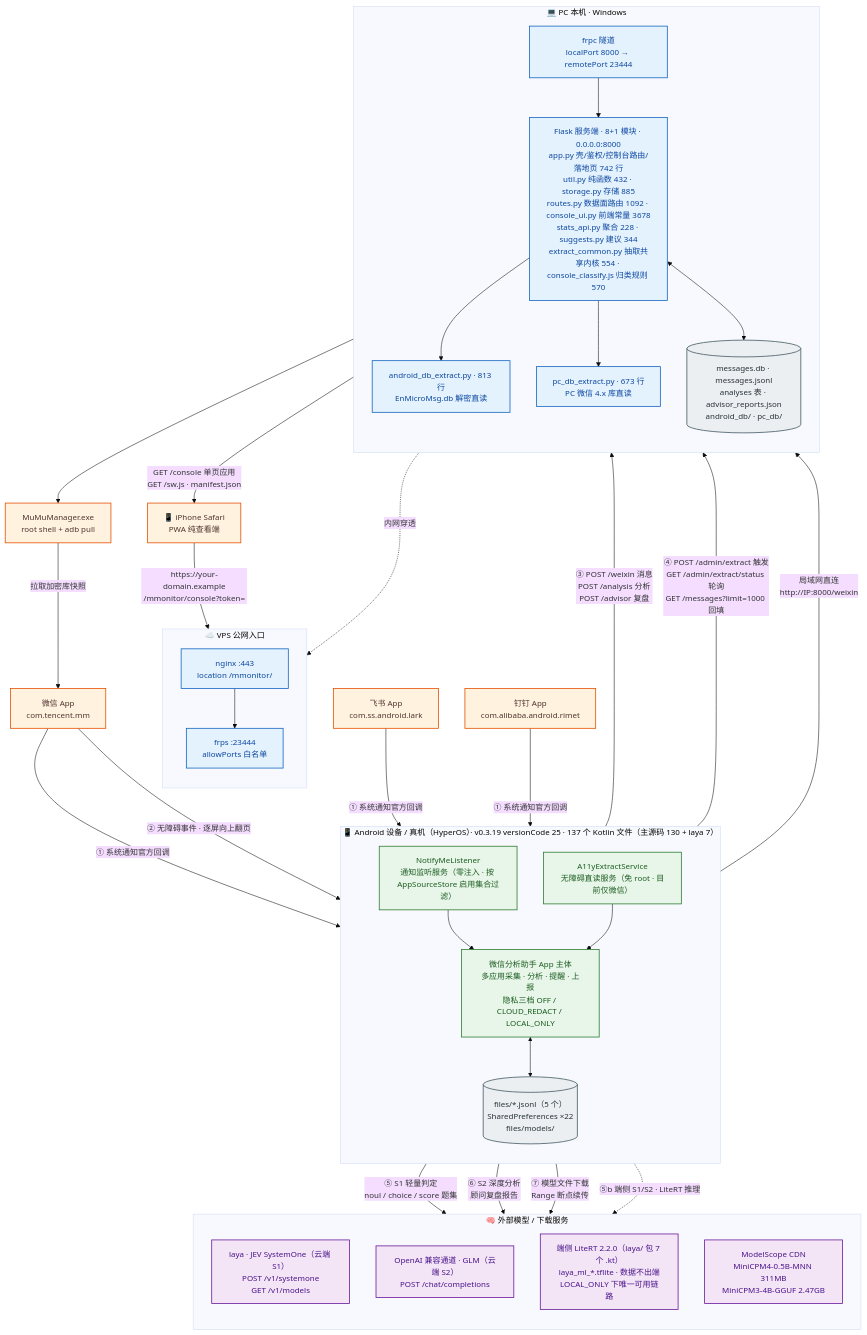
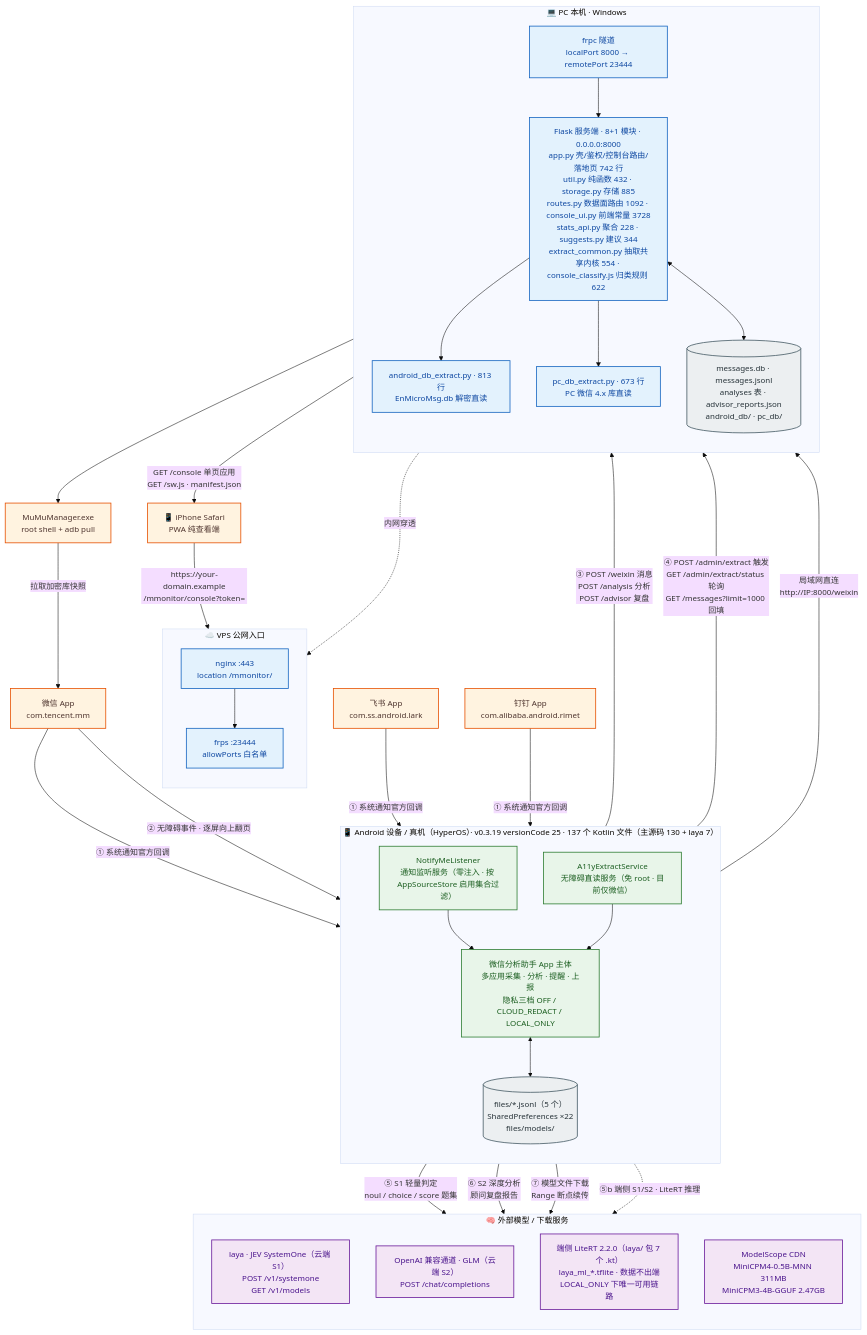
One commit to solidjoker/notifyme changed the diagram in docs/architecture/diagrams/01-system-context.mmd. Above: the diagram before and after it, drawn with Mermaid. The commit also changed 14 other files, not shown here.

```diff
--- a/docs/architecture/diagrams/01-system-context.mmd
+++ b/docs/architecture/diagrams/01-system-context.mmd
@@ -1,70 +1,70 @@
 %%{init: {'theme':'base','themeVariables':{'fontSize':'15px','fontFamily':'Microsoft YaHei, PingFang SC, sans-serif'},'flowchart':{'htmlLabels':true,'curve':'basis'}}}%%
 flowchart TB
     classDef ext  fill:#fff3e0,stroke:#e65100,stroke-width:1.5px,color:#4e342e
     classDef app  fill:#e8f5e9,stroke:#2e7d32,stroke-width:1.5px,color:#1b5e20
     classDef srv  fill:#e3f2fd,stroke:#1565c0,stroke-width:1.5px,color:#0d47a1
     classDef llm  fill:#f3e5f5,stroke:#6a1b9a,stroke-width:1.5px,color:#4a148c
     classDef store fill:#eceff1,stroke:#455a64,stroke-width:1.5px,color:#263238
 
     WX["微信 App<br/>com.tencent.mm"]:::ext
     FS["飞书 App<br/>com.ss.android.lark"]:::ext
     DT["钉钉 App<br/>com.alibaba.android.rimet"]:::ext
 
     subgraph DEV["📱 Android 设备 / 真机（HyperOS）· v0.3.19 versionCode 25 · 137 个 Kotlin 文件（主源码 130 + laya 7）"]
         direction TB
         NL["NotifyMeListener<br/>通知监听服务（零注入 · 按 AppSourceStore 启用集合过滤）"]:::app
         A11Y["A11yExtractService<br/>无障碍直读服务（免 root · 目前仅微信）"]:::app
         CORE["微信分析助手 App 主体<br/>多应用采集 · 分析 · 提醒 · 上报<br/>隐私三档 OFF / CLOUD_REDACT / LOCAL_ONLY"]:::app
         STORE[("files/*.jsonl（5 个）<br/>SharedPreferences ×22<br/>files/models/")]:::store
         NL --> CORE
         A11Y --> CORE
         CORE <--> STORE
     end
 
     subgraph HOST["💻 PC 本机 · Windows"]
         direction TB
-        FLASK["Flask 服务端 · 8+1 模块 · 0.0.0.0:8000<br/>app.py 壳/鉴权/控制台路由/落地页 742 行<br/>util.py 纯函数 432 · storage.py 存储 885<br/>routes.py 数据面路由 1092 · console_ui.py 前端常量 3678<br/>stats_api.py 聚合 228 · suggests.py 建议 344<br/>extract_common.py 抽取共享内核 554 · console_classify.js 归类规则 570"]:::srv
+        FLASK["Flask 服务端 · 8+1 模块 · 0.0.0.0:8000<br/>app.py 壳/鉴权/控制台路由/落地页 742 行<br/>util.py 纯函数 432 · storage.py 存储 885<br/>routes.py 数据面路由 1092 · console_ui.py 前端常量 3728<br/>stats_api.py 聚合 228 · suggests.py 建议 344<br/>extract_common.py 抽取共享内核 554 · console_classify.js 归类规则 622"]:::srv
         ADBEX["android_db_extract.py · 813 行<br/>EnMicroMsg.db 解密直读"]:::srv
         PCEX["pc_db_extract.py · 673 行<br/>PC 微信 4.x 库直读"]:::srv
         DB[("messages.db · messages.jsonl<br/>analyses 表 · advisor_reports.json<br/>android_db/ · pc_db/")]:::store
         FRPC["frpc 隧道<br/>localPort 8000 → remotePort 23444"]:::srv
         FLASK --> ADBEX
         FLASK --> PCEX
         FLASK <--> DB
         FRPC --> FLASK
     end
 
     subgraph VPS["☁️ VPS 公网入口"]
         direction TB
         NGINX["nginx :443<br/>location /mmonitor/"]:::srv
         FRPS["frps :23444<br/>allowPorts 白名单"]:::srv
         NGINX --> FRPS
     end
 
     subgraph AI["🧠 外部模型 / 下载服务"]
         direction TB
         LAYA["laya · JEV SystemOne（云端 S1）<br/>POST /v1/systemone<br/>GET /v1/models"]:::llm
         GLM["OpenAI 兼容通道 · GLM（云端 S2）<br/>POST /chat/completions"]:::llm
         LITE["端侧 LiteRT 2.2.0（laya/ 包 7 个 .kt）<br/>laya_ml_*.tflite · 数据不出端<br/>LOCAL_ONLY 下唯一可用链路"]:::llm
         MS["ModelScope CDN<br/>MiniCPM4-0.5B-MNN 311MB<br/>MiniCPM3-4B-GGUF 2.47GB"]:::llm
     end
 
     MUMU["MuMuManager.exe<br/>root shell + adb pull"]:::ext
     IPHONE["📱 iPhone Safari<br/>PWA 纯查看端"]:::ext
 
     WX -->|"① 系统通知官方回调"| NL
     FS -->|"① 系统通知官方回调"| NL
     DT -->|"① 系统通知官方回调"| NL
     WX -->|"② 无障碍事件 · 逐屏向上翻页"| A11Y
     CORE -->|"③ POST /weixin 消息<br/>POST /analysis 分析<br/>POST /advisor 复盘"| FLASK
     CORE -->|"④ POST /admin/extract 触发<br/>GET /admin/extract/status 轮询<br/>GET /messages?limit=1000 回填"| FLASK
     CORE -->|"⑤ S1 轻量判定<br/>noul / choice / score 题集"| LAYA
     CORE -->|"⑥ S2 深度分析<br/>顾问复盘报告"| GLM
     CORE -->|"⑦ 模型文件下载<br/>Range 断点续传"| MS
     CORE -.->|"⑤b 端侧 S1/S2 · LiteRT 推理"| LITE
     ADBEX --> MUMU
     MUMU -->|"拉取加密库快照"| WX
     CORE -->|"局域网直连<br/>http://IP:8000/weixin"| FLASK
     FRPC -.->|"内网穿透"| FRPS
     IPHONE -->|"https://your-domain.example<br/>/mmonitor/console?token="| NGINX
     FLASK -->|"GET /console 单页应用<br/>GET /sw.js · manifest.json"| IPHONE
```
